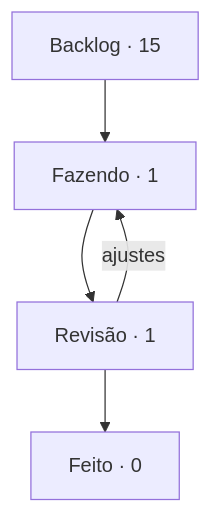
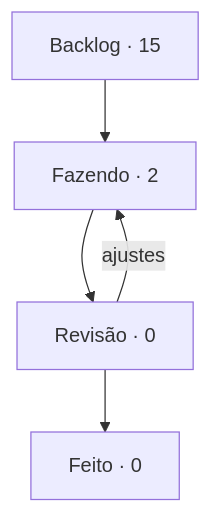
Before and after one commit to StudioVibi/VibiKanban: the diagram in boards/dungeon-bend/BOARD.md, drawn with Mermaid. The commit also changed other lines of this file and 1 other file, not shown here.

Commit message:
board: DB-5 Revisão → Fazendo (@Ostrowskii)

````diff
--- a/boards/dungeon-bend/BOARD.md
+++ b/boards/dungeon-bend/BOARD.md
@@ -5,10 +5,10 @@
 ```mermaid
 flowchart TD
-  backlog["Backlog · 15"] --> doing["Fazendo · 1"]
-  doing --> review["Revisão · 1"]
+  backlog["Backlog · 15"] --> doing["Fazendo · 2"]
+  doing --> review["Revisão · 0"]
   review --> done["Feito · 0"]
   review -->|ajustes| doing
   doing:::blue
   review:::yellow
   done:::green
 ```
````
